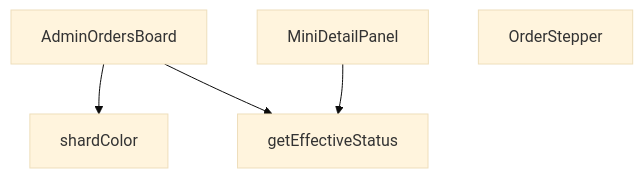
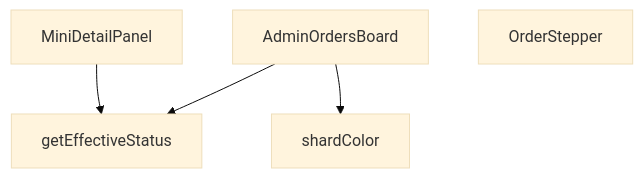
The diagram in src/views/admin/AdminOrdersBoard.md (peckop/venthub-hvac-esite), drawn with Mermaid (base theme) before and after one commit. The commit also changed other lines of this file and 22 other files, not shown here.

````diff
--- a/src/views/admin/AdminOrdersBoard.md
+++ b/src/views/admin/AdminOrdersBoard.md
@@ -235,11 +263,11 @@
 ```mermaid
 graph TD
     AdminOrdersBoard_tsx__AdminOrdersBoard["AdminOrdersBoard"]
     AdminOrdersBoard_tsx__MiniDetailPanel["MiniDetailPanel"]
     AdminOrdersBoard_tsx__OrderStepper["OrderStepper"]
     AdminOrdersBoard_tsx__getEffectiveStatus["getEffectiveStatus"]
     AdminOrdersBoard_tsx__shardColor["shardColor"]
+    AdminOrdersBoard_tsx__AdminOrdersBoard --> AdminOrdersBoard_tsx__getEffectiveStatus
+    AdminOrdersBoard_tsx__AdminOrdersBoard --> AdminOrdersBoard_tsx__shardColor
     AdminOrdersBoard_tsx__MiniDetailPanel --> AdminOrdersBoard_tsx__getEffectiveStatus
-    AdminOrdersBoard_tsx__AdminOrdersBoard --> AdminOrdersBoard_tsx__shardColor
-    AdminOrdersBoard_tsx__AdminOrdersBoard --> AdminOrdersBoard_tsx__getEffectiveStatus
 ```
````
